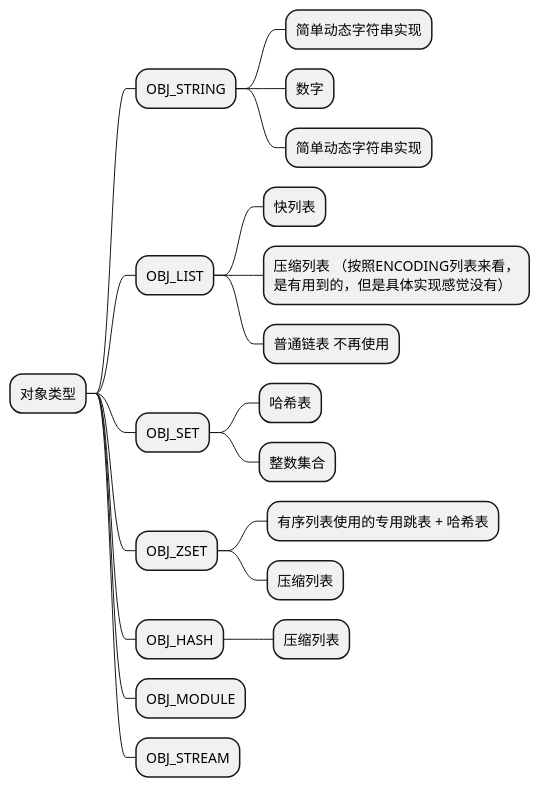
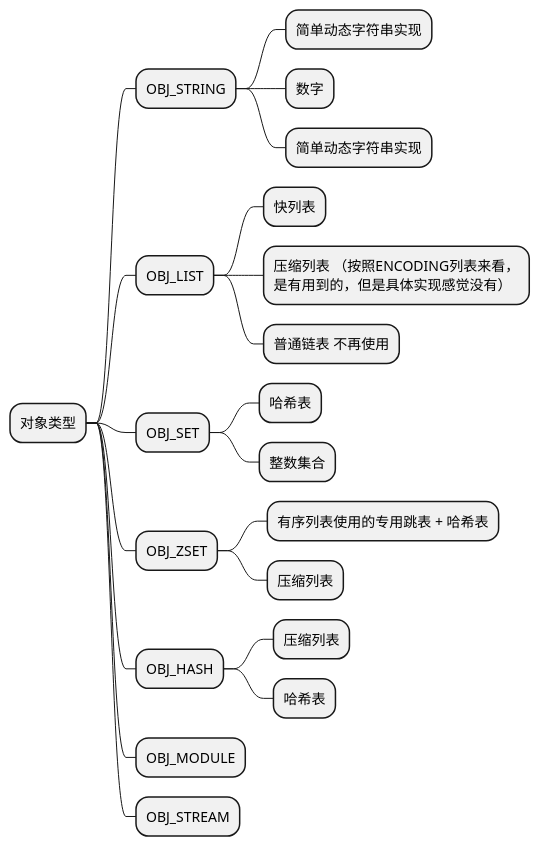
The diagram in site/content/post/redis/data_struct.md (er1c-zh/blog), drawn with PlantUML before and after one commit. The commit also changed other lines of this file and 1 other file, not shown here.

````diff
--- a/site/content/post/redis/data_struct.md
+++ b/site/content/post/redis/data_struct.md
@@ -107,25 +107,26 @@
 ```plantuml
 @startmindmap
 
 * 对象类型
 ** OBJ_STRING
 *** 简单动态字符串实现
 *** 数字
 *** 简单动态字符串实现
 ** OBJ_LIST
 *** 快列表
 *** 压缩列表 （按照ENCODING列表来看，\n是有用到的，但是具体实现感觉没有）
 *** 普通链表 不再使用
 ** OBJ_SET
 *** 哈希表
 *** 整数集合
 ** OBJ_ZSET
 *** 有序列表使用的专用跳表 + 哈希表
 *** 压缩列表
 ** OBJ_HASH
 *** 压缩列表
+*** 哈希表
 ** OBJ_MODULE
 ** OBJ_STREAM
 
 @endmindmap
 ```
````
